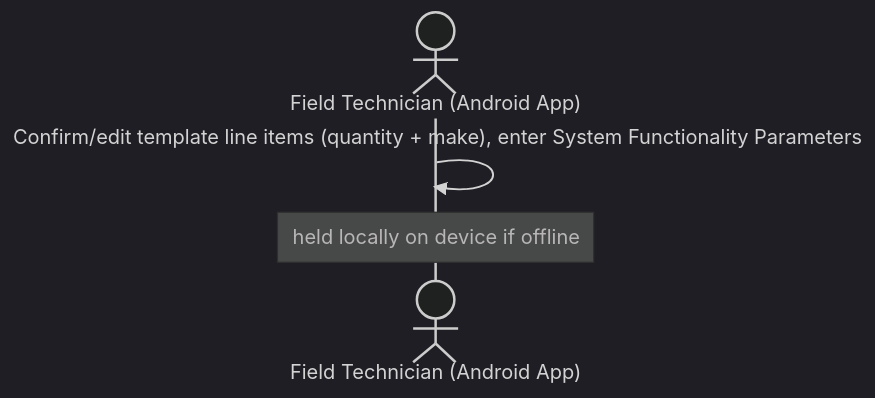
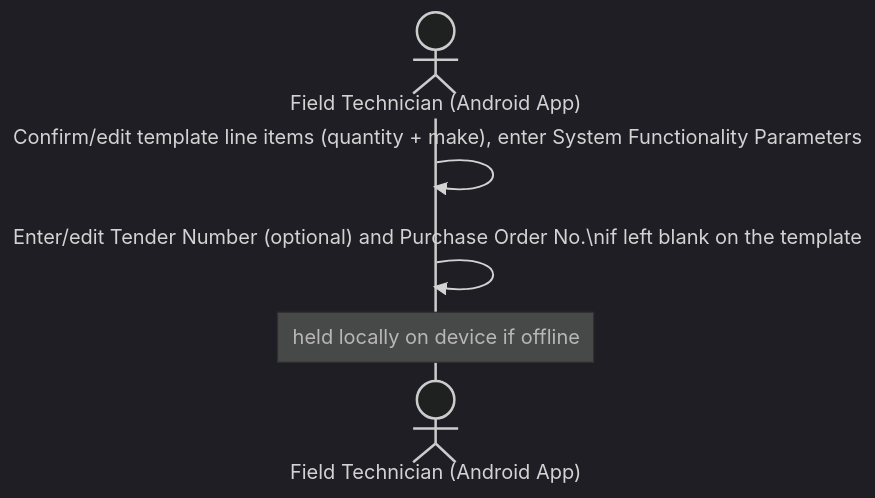
Diagram 16 of 33 in Z_docs/Livelihood_installation/Livelihood_Installation_Flow_Diagrams.md (Selco-Foundation/Selco-Livelihood), drawn with Mermaid (dark theme) before and after one commit. The commit also changed other lines of this file and 3 other files, not shown here.

````diff
--- a/Z_docs/Livelihood_installation/Livelihood_Installation_Flow_Diagrams.md
+++ b/Z_docs/Livelihood_installation/Livelihood_Installation_Flow_Diagrams.md
@@ -974,7 +984,8 @@
 ```mermaid
 sequenceDiagram
     actor FT as Field Technician (Android App)
 
     FT->>FT: Confirm/edit template line items (quantity + make), enter System Functionality Parameters
+    FT->>FT: Enter/edit Tender Number (optional) and Purchase Order No.\nif left blank on the template
     Note over FT: held locally on device if offline
 ```
````
